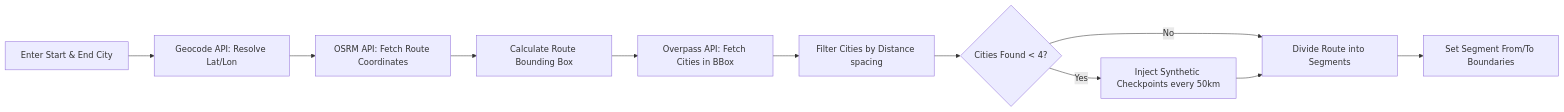
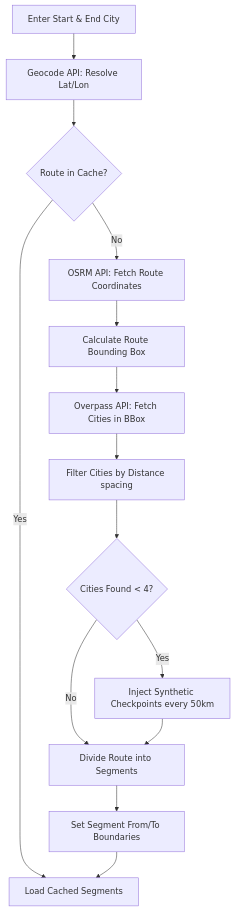
One commit to Varshith10121901/E---horizon-driving-system changed the second of 5 diagrams in README.md. Above: the diagram before and after it, drawn with Mermaid. The commit also changed other lines of this file and 4 other files, not shown here.

Commit message:
Update system architecture diagrams, flow charts, and README to reflect OSRM/Overpass segmentation, India Hotels DB integration, and AbortController stop search

````diff
--- a/README.md
+++ b/README.md
@@ -71,13 +71,16 @@
 ```mermaid
-flowchart LR
+flowchart TD
     Input[Enter Start & End City] --> Geocode[Geocode API: Resolve Lat/Lon]
-    Geocode --> FetchRoute[OSRM API: Fetch Route Coordinates]
+    Geocode --> CheckCache{Route in Cache?}
+    CheckCache -- Yes --> UseCache[Load Cached Segments]
+    CheckCache -- No --> FetchRoute[OSRM API: Fetch Route Coordinates]
     FetchRoute --> CalculateBbox[Calculate Route Bounding Box]
     CalculateBbox --> FetchCities[Overpass API: Fetch Cities in BBox]
     FetchCities --> SpacingLogic[Filter Cities by Distance spacing]
     SpacingLogic --> SegmentSplit{Cities Found < 4?}
     SegmentSplit -- Yes --> SynthWps[Inject Synthetic Checkpoints every 50km]
     SegmentSplit -- No --> SplitSegments[Divide Route into Segments]
     SynthWps --> SplitSegments
     SplitSegments --> AssignBoundaries[Set Segment From/To Boundaries]
+    AssignBoundaries --> UseCache
 ```
````
